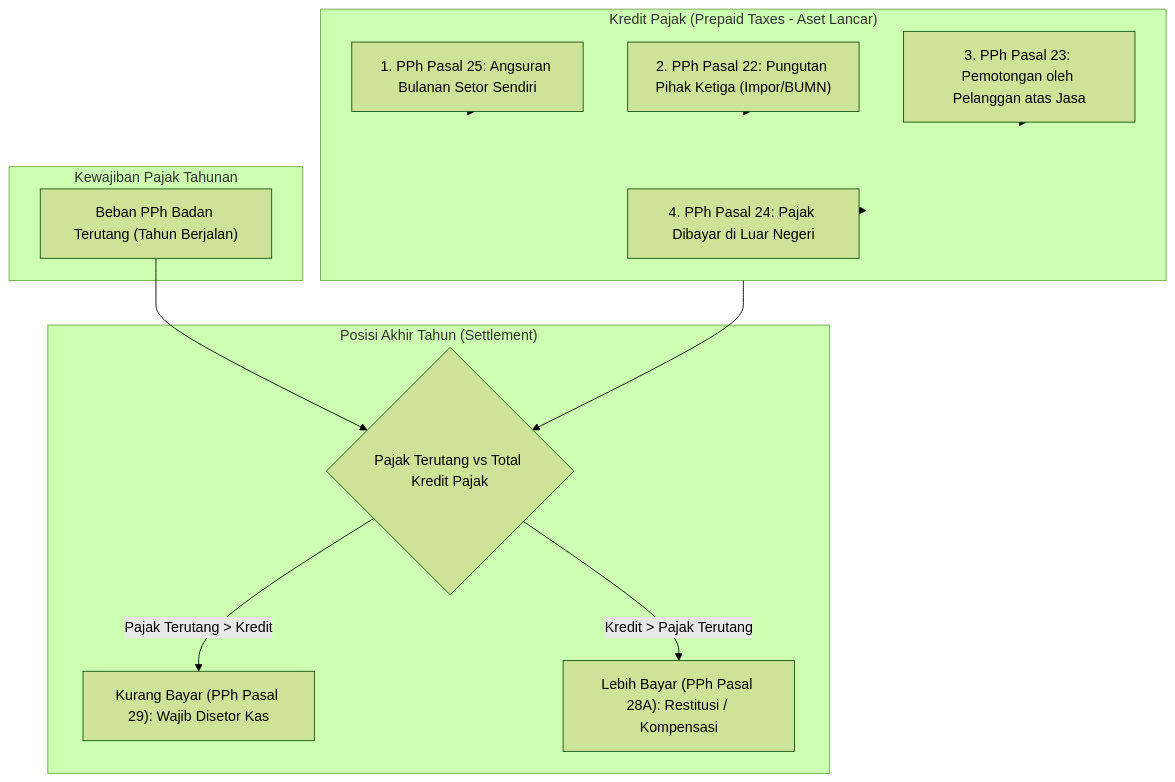
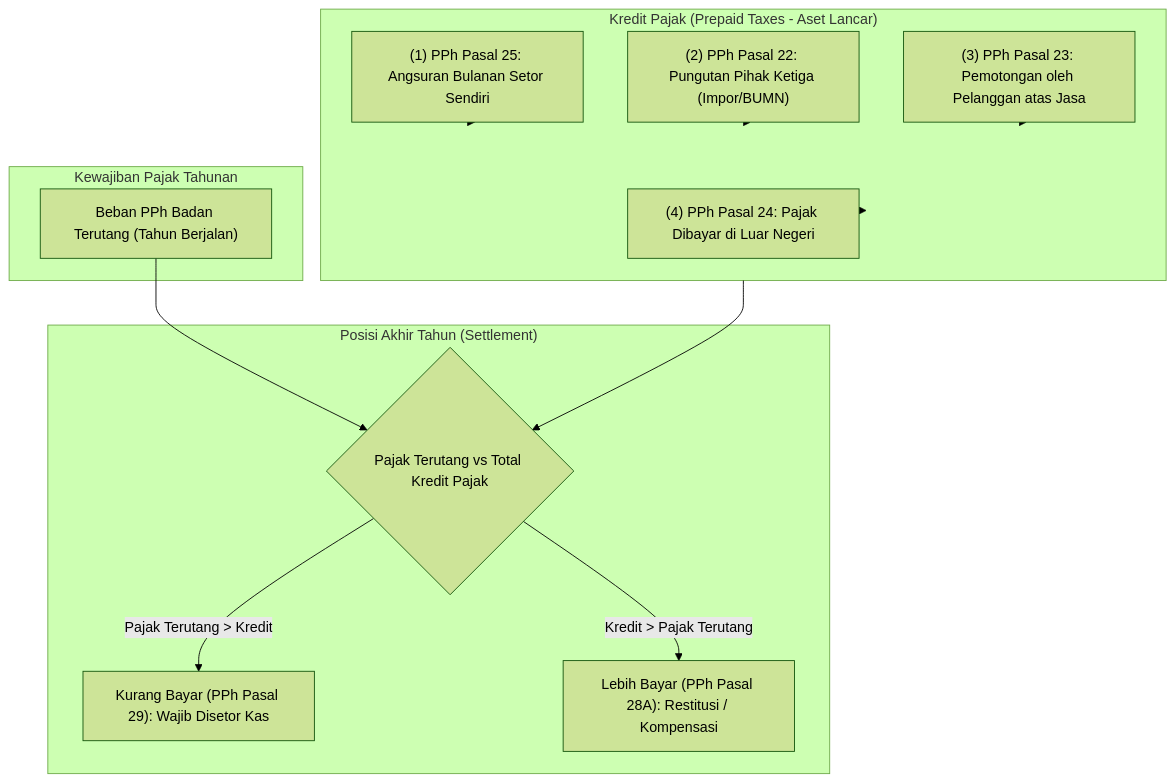
Before and after one commit to alimurrofid/erp-notes: the diagram in content/11-tax/corporate-tax-installment-and-prepayment.md, drawn with Mermaid (forest theme). The commit also changed 132 other files, not shown here.

````diff
--- a/content/11-tax/corporate-tax-installment-and-prepayment.md
+++ b/content/11-tax/corporate-tax-installment-and-prepayment.md
@@ -29,28 +29,28 @@
 ```mermaid
 flowchart TD
     subgraph AnnualLiability["Kewajiban Pajak Tahunan"]
         TaxExpense["Beban PPh Badan Terutang (Tahun Berjalan)"]
     end
 
     subgraph TaxCredits["Kredit Pajak (Prepaid Taxes - Aset Lancar)"]
-        PPh25["1. PPh Pasal 25: Angsuran Bulanan Setor Sendiri"]
-        PPh22["2. PPh Pasal 22: Pungutan Pihak Ketiga (Impor/BUMN)"]
-        PPh23["3. PPh Pasal 23: Pemotongan oleh Pelanggan atas Jasa"]
-        PPh24["4. PPh Pasal 24: Pajak Dibayar di Luar Negeri"]
+        PPh25["(1) PPh Pasal 25: Angsuran Bulanan Setor Sendiri"]
+        PPh22["(2) PPh Pasal 22: Pungutan Pihak Ketiga (Impor/BUMN)"]
+        PPh23["(3) PPh Pasal 23: Pemotongan oleh Pelanggan atas Jasa"]
+        PPh24["(4) PPh Pasal 24: Pajak Dibayar di Luar Negeri"]
     end
 
     subgraph FinalPosition["Posisi Akhir Tahun (Settlement)"]
         Compare{"Pajak Terutang vs Total Kredit Pajak"}
         PPh29["Kurang Bayar (PPh Pasal 29): Wajib Disetor Kas"]
         PPh28A["Lebih Bayar (PPh Pasal 28A): Restitusi / Kompensasi"]
     end
 
     TaxExpense --> Compare
     PPh25 --> TaxCredits
     PPh22 --> TaxCredits
     PPh23 --> TaxCredits
     PPh24 --> TaxCredits
     TaxCredits --> Compare
     Compare -- "Pajak Terutang > Kredit" --> PPh29
     Compare -- "Kredit > Pajak Terutang" --> PPh28A
 ```
````
